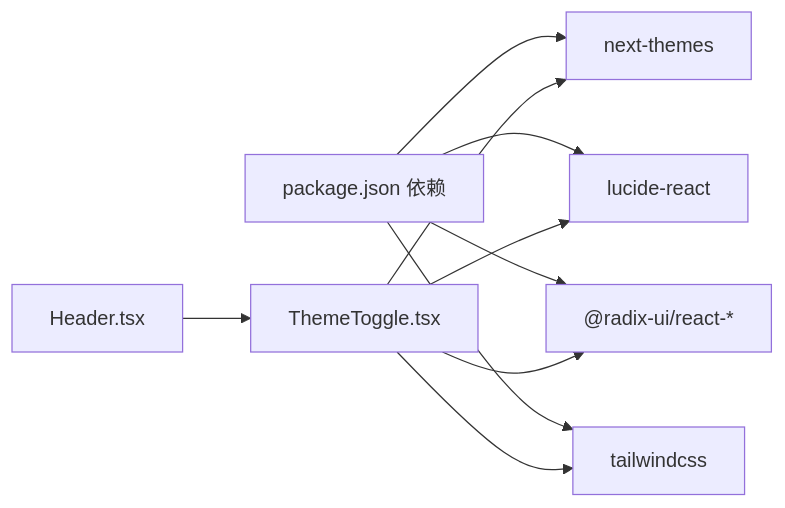
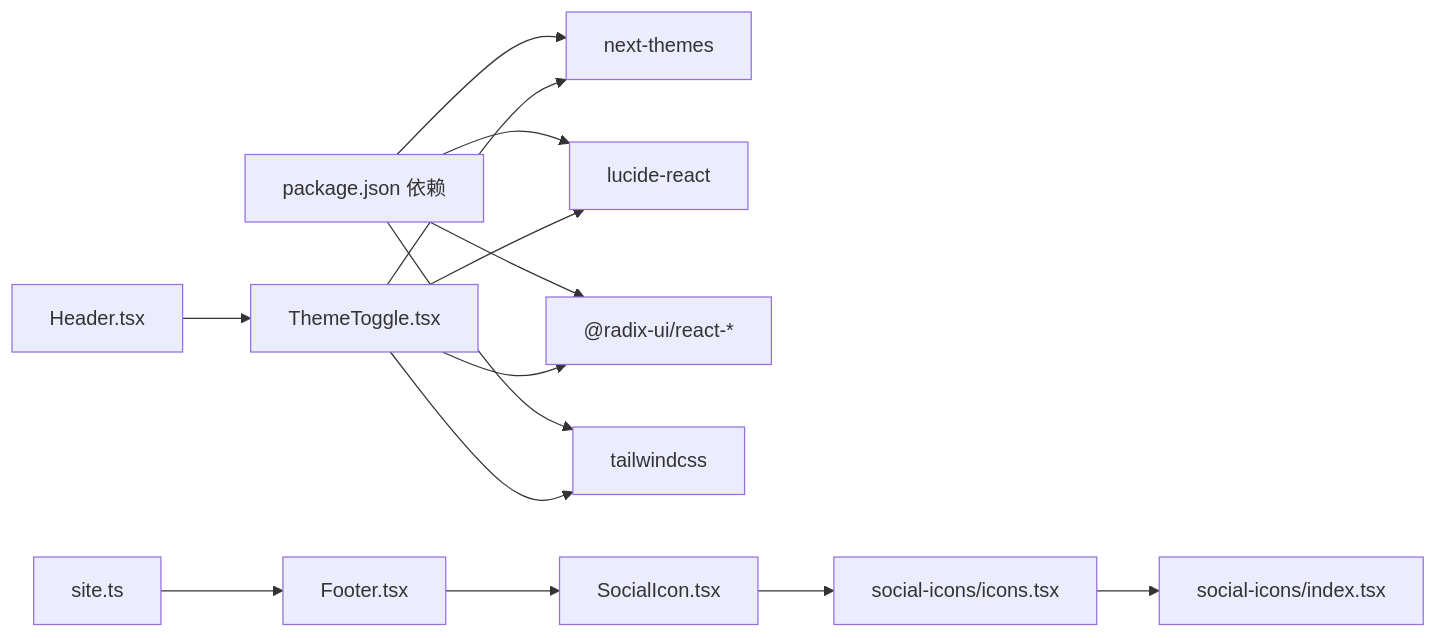
One commit to billychou/linkedin-answer changed the seventh of 7 diagrams in .qoder/repowiki/zh/content/用户界面组件/图标组件.md. Above: the diagram before and after it, drawn with Mermaid. The commit also changed other lines of this file and 10 other files, not shown here.

````diff
--- a/.qoder/repowiki/zh/content/用户界面组件/图标组件.md
+++ b/.qoder/repowiki/zh/content/用户界面组件/图标组件.md
@@ -288,12 +354,16 @@
 ```mermaid
 graph LR
 P["package.json 依赖"] --> NT["next-themes"]
 P --> LUCIDE["lucide-react"]
 P --> RADIX["@radix-ui/react-*"]
 P --> TW["tailwindcss"]
 TT["ThemeToggle.tsx"] --> NT
 TT --> LUCIDE
 TT --> RADIX
 TT --> TW
 H["Header.tsx"] --> TT
+F["Footer.tsx"] --> SI["SocialIcon.tsx"]
+SI --> ICONS["social-icons/icons.tsx"]
+ICONS --> INDEX["social-icons/index.tsx"]
+SC["site.ts"] --> F
 ```
````
